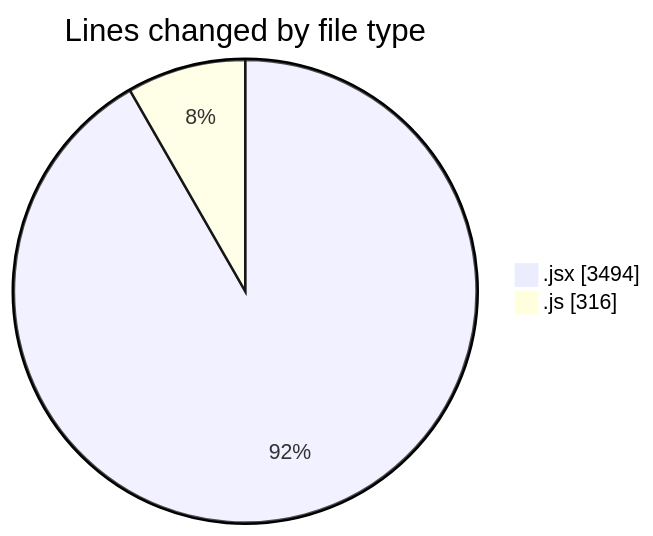
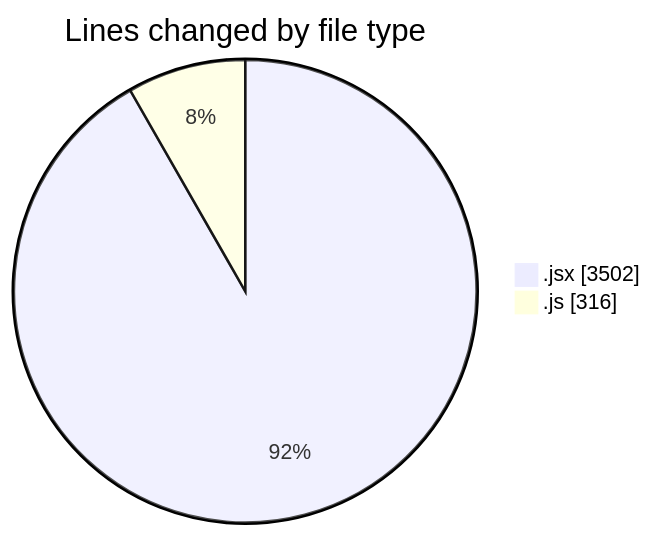
Before and after one commit to nxtqubesakshisongat/code-tracking: the first of 2 diagrams in 2025-07-13/argos/README.md, drawn with Mermaid. The commit also changed other lines of this file and 1 other file, not shown here.

````diff
--- a/2025-07-13/argos/README.md
+++ b/2025-07-13/argos/README.md
@@ -22,6 +22,6 @@
 ```mermaid
 pie showData
 title Lines changed by file type
-".jsx" : 3494
+".jsx" : 3502
 ".js" : 316
 ```
````
